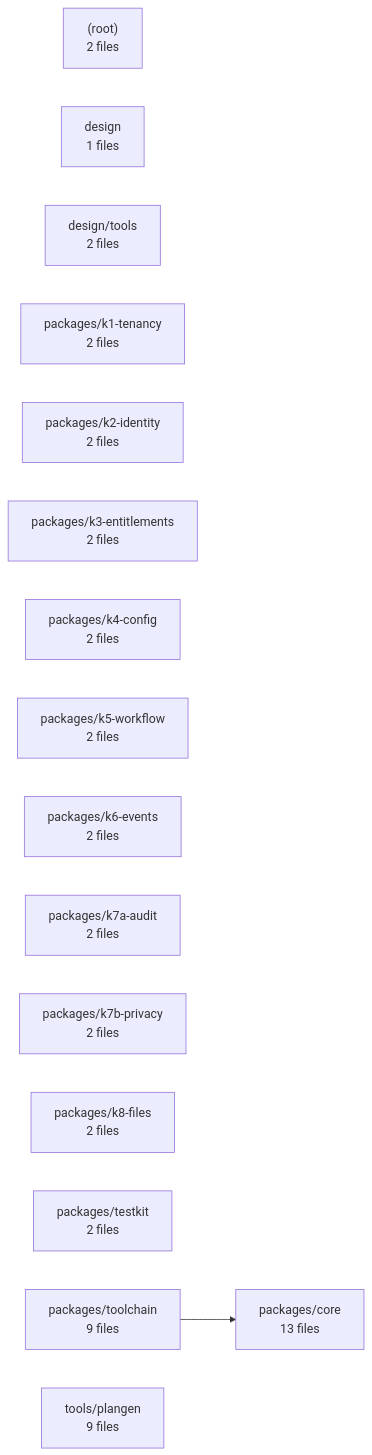
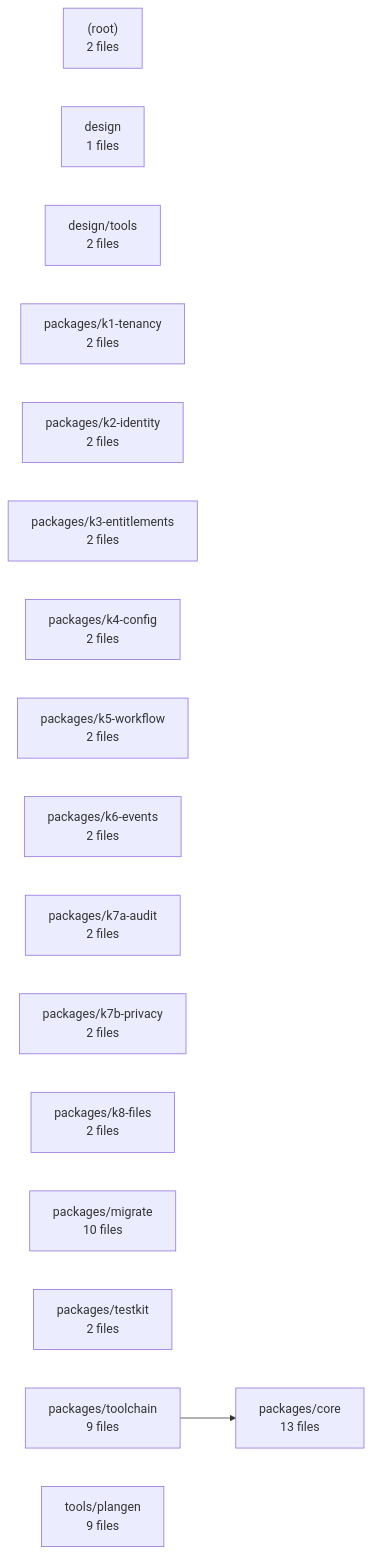
One commit to AadarshMishraa/epc_dashboard changed the diagram in .claude/map/diagrams/modules.mmd. Above: the diagram before and after it, drawn with Mermaid. The commit also changed 46 other files, not shown here.

```diff
--- a/.claude/map/diagrams/modules.mmd
+++ b/.claude/map/diagrams/modules.mmd
@@ -1,18 +1,19 @@
 flowchart LR
   _root_["(root)<br/>2 files"]
   design["design<br/>1 files"]
   design_tools["design/tools<br/>2 files"]
   packages_core["packages/core<br/>13 files"]
   packages_k1_tenancy["packages/k1-tenancy<br/>2 files"]
   packages_k2_identity["packages/k2-identity<br/>2 files"]
   packages_k3_entitlements["packages/k3-entitlements<br/>2 files"]
   packages_k4_config["packages/k4-config<br/>2 files"]
   packages_k5_workflow["packages/k5-workflow<br/>2 files"]
   packages_k6_events["packages/k6-events<br/>2 files"]
   packages_k7a_audit["packages/k7a-audit<br/>2 files"]
   packages_k7b_privacy["packages/k7b-privacy<br/>2 files"]
   packages_k8_files["packages/k8-files<br/>2 files"]
+  packages_migrate["packages/migrate<br/>10 files"]
   packages_testkit["packages/testkit<br/>2 files"]
   packages_toolchain["packages/toolchain<br/>9 files"]
   tools_plangen["tools/plangen<br/>9 files"]
   packages_toolchain --> packages_core
```
